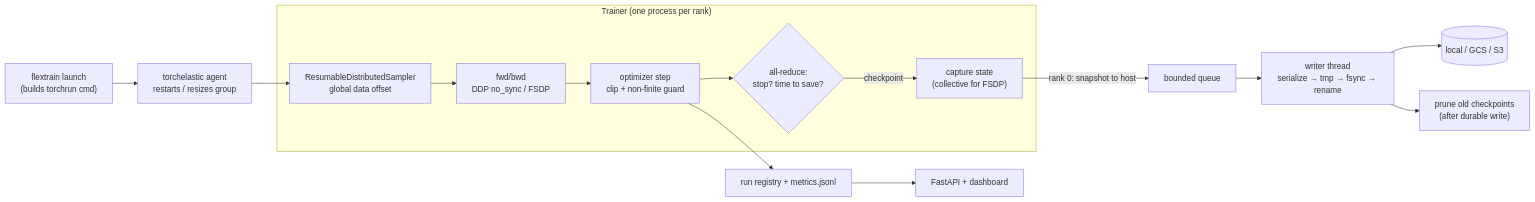
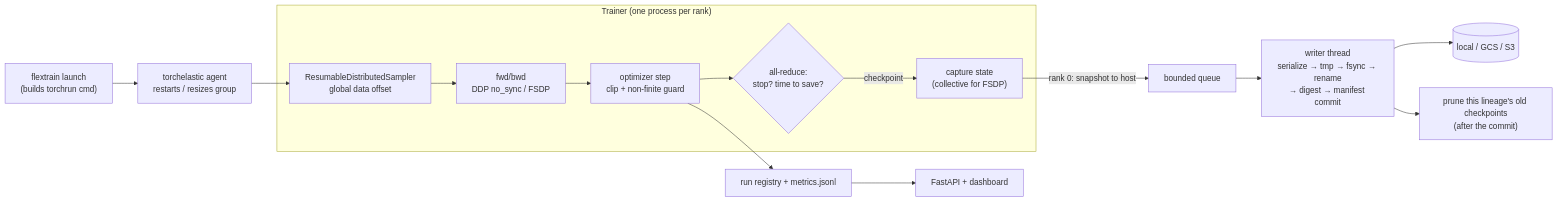
Before and after one commit to Varun-Dudipala/flextrain: the diagram in README.md, drawn with Mermaid. The commit also changed other lines of this file and 50 other files, not shown here.

````diff
--- a/README.md
+++ b/README.md
@@ -66,15 +73,15 @@
 ```mermaid
 flowchart LR
     L["flextrain launch<br/>(builds torchrun cmd)"] --> A["torchelastic agent<br/>restarts / resizes group"]
     A --> S
     subgraph Trainer["Trainer (one process per rank)"]
       S["ResumableDistributedSampler<br/>global data offset"] --> F["fwd/bwd<br/>DDP no_sync / FSDP"]
       F --> O["optimizer step<br/>clip + non-finite guard"]
       O --> D{"all-reduce:<br/>stop? time to save?"}
       D -- checkpoint --> C["capture state<br/>(collective for FSDP)"]
     end
-    C -->|rank 0: snapshot to host| Q["bounded queue"] --> BG["writer thread<br/>serialize → tmp → fsync → rename"]
+    C -->|rank 0: snapshot to host| Q["bounded queue"] --> BG["writer thread<br/>serialize → tmp → fsync → rename<br/>→ digest → manifest commit"]
     BG --> ST[("local / GCS / S3")]
-    BG --> P["prune old checkpoints<br/>(after durable write)"]
+    BG --> P["prune this lineage's old checkpoints<br/>(after the commit)"]
     O --> R["run registry + metrics.jsonl"] --> API["FastAPI + dashboard"]
 ```
````
